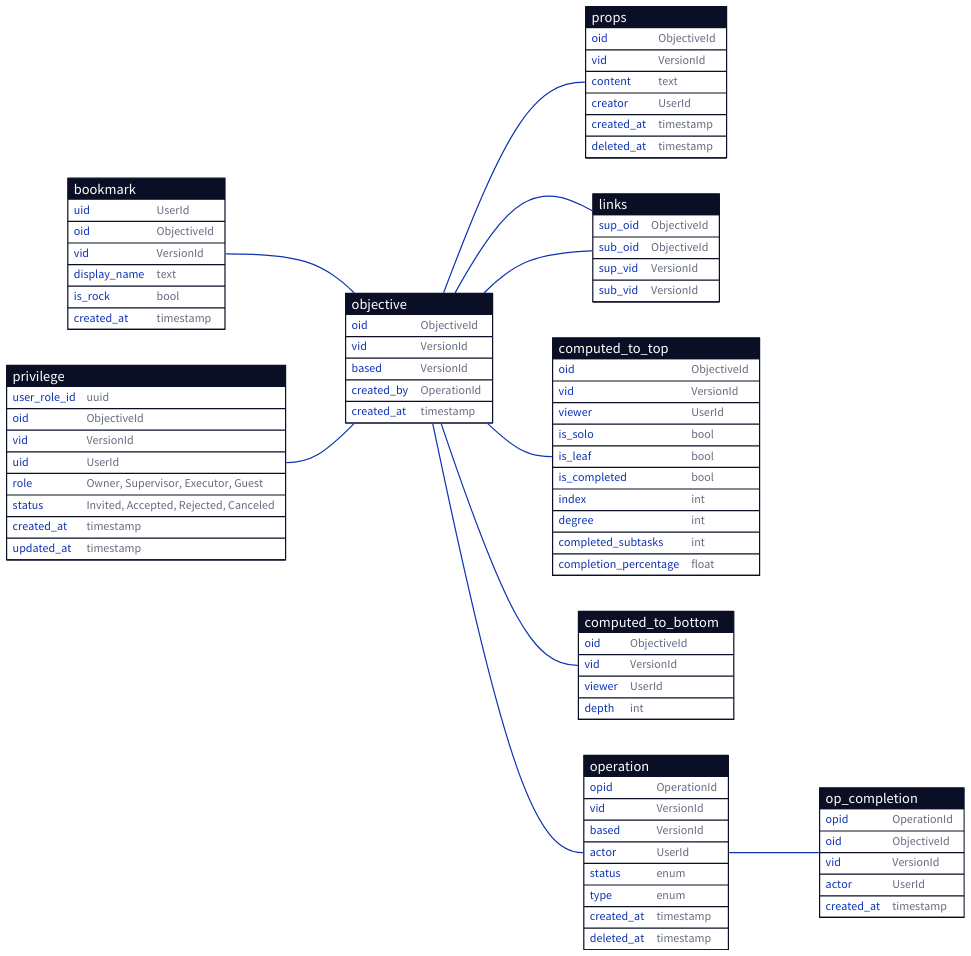
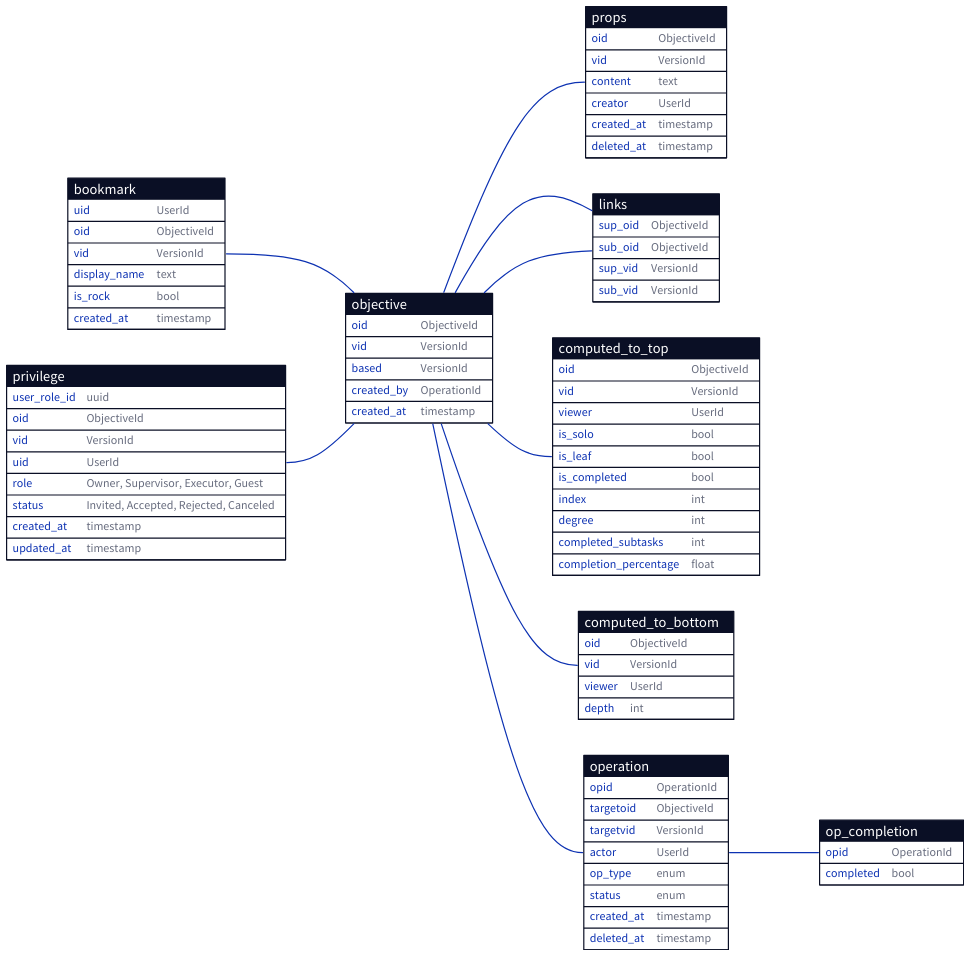
One commit to ufukty/logbook changed the diagram in docs/database/simplified.d2. Above: the diagram before and after it, drawn with D2. The commit also changed 1 other file, not shown here.

Commit message:
docs/database/simplified: alters columns in both `operation` and `op_completion` tables to improve either consistency, clarity, or eliminate redundancy with changing `operation` table's role to contain operation-agnostic details about every kind of operation: + in `operation` table: ++ renames the column `based` to `targetvid` to make consistent with newly added `targetoid` column. ++ removes the `vid` column because the next version only gets defined when an operation gets accepted. ++ renames `type` to `op_type` to eliminate ambiguity. ++ added the values for enum type `status` + in `op_completion` table: ++ removes the `oid`, `vid`, `actor` and `created_at` column as it gets redundant on top of `operation` table ++ adds `completed` column to enable users removing the completion on an objective

```diff
--- a/docs/database/simplified.d2
+++ b/docs/database/simplified.d2
@@ -1,135 +1,133 @@
 bookmark: {
   shape: sql_table
 
   uid: UserId
   oid: ObjectiveId
   vid: VersionId
   display_name: text
   is_rock: bool # rocks are hidden in the UI
   created_at: timestamp
 }
 
 privilege: {
   shape: sql_table
 
   user_role_id: uuid
   oid: ObjectiveId
   vid: VersionId
   uid: UserId
   role: "Owner, Supervisor, Executor, Guest"
   status: "Invited, Accepted, Rejected, Canceled"
   created_at: timestamp
   updated_at: timestamp
 }
 
 objective: {
   shape: sql_table
 
   oid: ObjectiveId
   vid: VersionId
   based: VersionId
   created_by: OperationId
 
   created_at: timestamp # creation of this version (=row)
 }
 
 props: {
   shape: sql_table
 
   oid: ObjectiveId
   vid: VersionId
   content: text
   creator: UserId
   created_at: timestamp
   deleted_at: timestamp
 }
 
 links: {
   shape: sql_table
 
   sup_oid: ObjectiveId
   sub_oid: ObjectiveId
   sup_vid: VersionId
   sub_vid: VersionId
 }
 
 computed_to_top: {
   shape: sql_table
 
   oid: ObjectiveId
   vid: VersionId
   viewer: UserId
 
   is_solo: bool
   is_leaf: bool
   is_completed: bool
 
   index: int
   degree: int
   completed_subtasks: int
   completion_percentage: float
 }
 
 computed_to_bottom: {
   shape: sql_table
 
   oid: ObjectiveId
   vid: VersionId
   viewer: UserId
 
   depth: int
 }
 
 operation: {
   shape: sql_table
 
   opid: OperationId
-  vid: VersionId
-  based: VersionId
+  
+  targetoid: ObjectiveId
+  targetvid: VersionId
+  actor: UserId
 
-  actor: UserId
-  status: enum
-  type: enum # Transitive, Checkout, Completion, Reattach, Reorder, Content
+  op_type: enum # Transitive, Checkout, Completion, Reattach, Reorder, Content
+  status: enum # Received, Accepted, Rejected
 
   created_at: timestamp
   deleted_at: timestamp
 }
 
 op_completion: {
   shape: sql_table
 
   opid: OperationId
-  oid: ObjectiveId
-  vid: VersionId
-  actor: UserId
-  created_at: timestamp
+  completed: bool
 }
 
 direction: right
 
 # a bookmark points to a root node of a work tree
 bookmark.oid -- objective.oid
 # bookmark.vid -- objective.vid
 
 # Any task with custom privilege hand.can have owner/viewers/executors
 privilege.oid -- objective.oid
 # privilege.vid -- objective.vid
 
 objective.oid -- links.sup_oid
 # objective.vid -- links.sup_vid
 
 objective.oid -- links.sub_oid
 # objective.vid -- links.sub_vid
 
 objective.oid -- computed_to_top.oid
 # objective.vid -- computed_to_top.vid
 
 objective.oid -- computed_to_bottom.oid
 # objective.vid -- computed_to_bottom.vid
 
 operation.opid -- op_completion.opid
 
 objective.created_by -- operation.opid
 
 objective.oid -- props.oid
 # objective.vid -- props.vid
```
